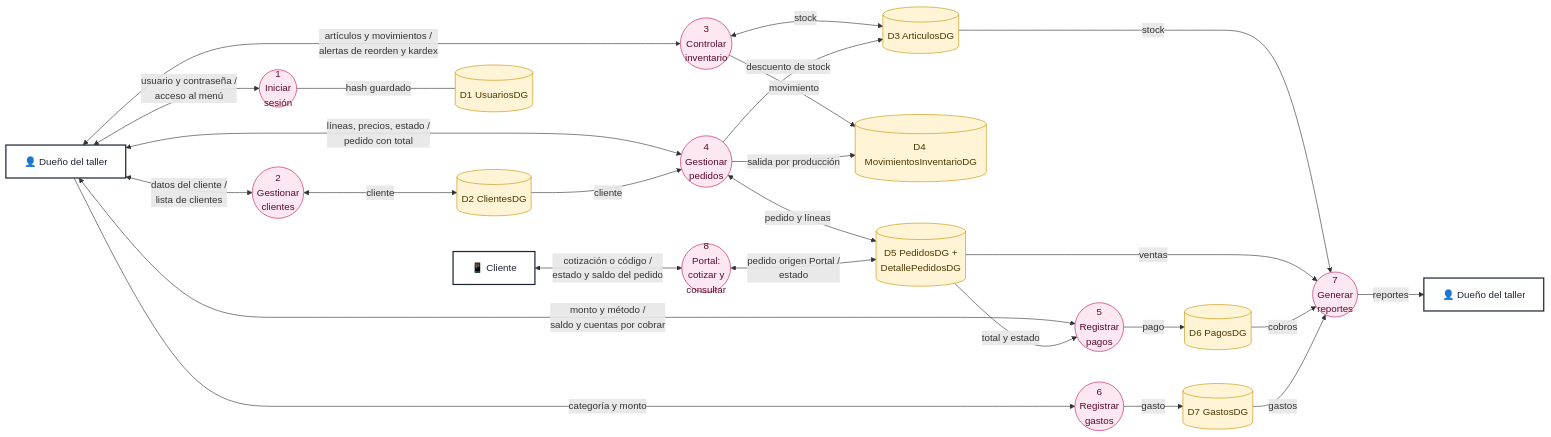
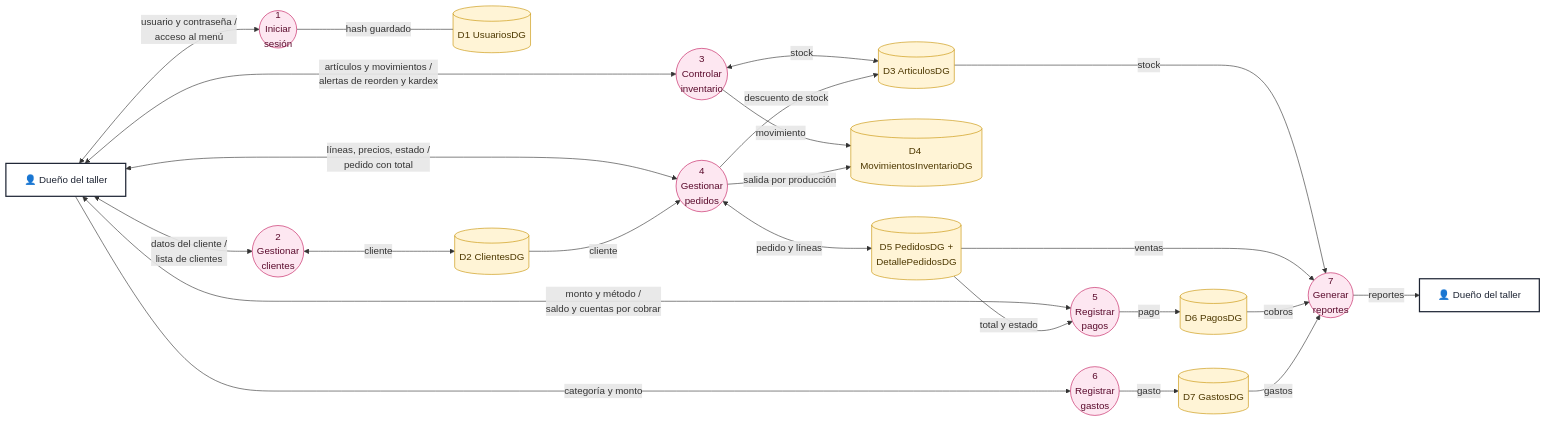
The diagram in docs/diagramas/04-flujo-datos.mmd (Darturo9/CubitoGrupo9), drawn with Mermaid before and after one commit. The commit also changed 32 other files, not shown here.

```diff
--- a/docs/diagramas/04-flujo-datos.mmd
+++ b/docs/diagramas/04-flujo-datos.mmd
@@ -1,57 +1,53 @@
 %% Diagrama de flujo de datos (nivel 1): entidades externas, procesos y almacenes
 %% El Dueño aparece dos veces para no cruzar líneas (se permite en un DFD)
 flowchart LR
     duenoDG["👤 Dueño del taller"]
-    clienteDG["📱 Cliente"]
     duenoReportesDG["👤 Dueño del taller"]
 
     p1(("1<br/>Iniciar<br/>sesión"))
     p2(("2<br/>Gestionar<br/>clientes"))
     p3(("3<br/>Controlar<br/>inventario"))
     p4(("4<br/>Gestionar<br/>pedidos"))
     p5(("5<br/>Registrar<br/>pagos"))
     p6(("6<br/>Registrar<br/>gastos"))
-    p8(("8<br/>Portal:<br/>cotizar y<br/>consultar"))
     p7(("7<br/>Generar<br/>reportes"))
 
     d1[("D1 UsuariosDG")]
     d2[("D2 ClientesDG")]
     d3[("D3 ArticulosDG")]
     d4[("D4 MovimientosInventarioDG")]
     d5[("D5 PedidosDG +<br/>DetallePedidosDG")]
     d6[("D6 PagosDG")]
     d7[("D7 GastosDG")]
 
     duenoDG <-->|"usuario y contraseña /<br/>acceso al menú"| p1
     duenoDG <-->|"datos del cliente /<br/>lista de clientes"| p2
     duenoDG <-->|"artículos y movimientos /<br/>alertas de reorden y kardex"| p3
     duenoDG <-->|"líneas, precios, estado /<br/>pedido con total"| p4
     duenoDG <-->|"monto y método /<br/>saldo y cuentas por cobrar"| p5
     duenoDG -->|"categoría y monto"| p6
-    clienteDG <-->|"cotización o código /<br/>estado y saldo del pedido"| p8
 
     p1 ---|"hash guardado"| d1
     p2 <-->|cliente| d2
     p3 <-->|stock| d3
     p3 -->|movimiento| d4
     p4 <-->|pedido y líneas| d5
     p4 -->|"salida por producción"| d4
     p4 -->|"descuento de stock"| d3
     d2 -->|cliente| p4
     p5 -->|pago| d6
     d5 -->|"total y estado"| p5
     p6 -->|gasto| d7
-    p8 <-->|"pedido origen Portal /<br/>estado"| d5
 
     d3 -->|stock| p7
     d5 -->|ventas| p7
     d6 -->|cobros| p7
     d7 -->|gastos| p7
     p7 -->|reportes| duenoReportesDG
 
     classDef externo fill:#ffffff,stroke:#1d2433,stroke-width:2px,color:#1d2433
     classDef proceso fill:#fde7f1,stroke:#c2185b,color:#5a0b2c
     classDef almacen fill:#fff4d6,stroke:#c79100,color:#4d3800
-    class duenoDG,clienteDG,duenoReportesDG externo
-    class p1,p2,p3,p4,p5,p6,p7,p8 proceso
+    class duenoDG,duenoReportesDG externo
+    class p1,p2,p3,p4,p5,p6,p7 proceso
     class d1,d2,d3,d4,d5,d6,d7 almacen
```
